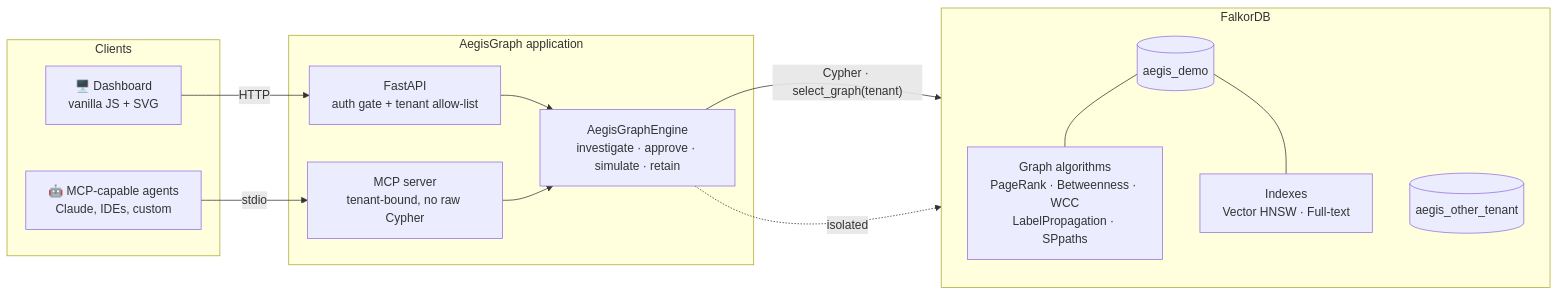
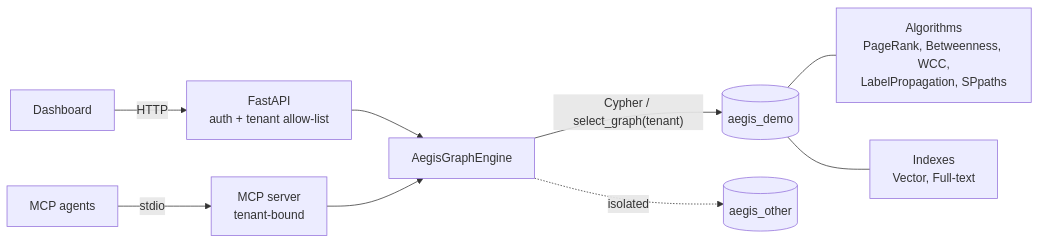
The first of 4 diagrams in README.md (krish57-bit/AEGIS), drawn with Mermaid before and after one commit. The commit also changed other lines of this file and 1 other file, not shown here.

````diff
--- a/README.md
+++ b/README.md
@@ -64,30 +47,11 @@
 ```mermaid
 flowchart LR
-    subgraph Clients
-        UI["🖥️ Dashboard<br/>vanilla JS + SVG"]
-        AG["🤖 MCP-capable agents<br/>Claude, IDEs, custom"]
-    end
-
-    subgraph App["AegisGraph application"]
-        API["FastAPI<br/>auth gate + tenant allow-list"]
-        MCP["MCP server<br/>tenant-bound, no raw Cypher"]
-        ENG["AegisGraphEngine<br/>investigate · approve · simulate · retain"]
-    end
-
-    subgraph DB["FalkorDB"]
-        direction TB
-        G1[("aegis_demo")]
-        G2[("aegis_other_tenant")]
-        ALG["Graph algorithms<br/>PageRank · Betweenness · WCC<br/>LabelPropagation · SPpaths"]
-        IDX["Indexes<br/>Vector HNSW · Full-text"]
-    end
-
-    UI -->|HTTP| API
-    AG -->|stdio| MCP
-    API --> ENG
+    UI["Dashboard"] -->|HTTP| API["FastAPI<br/>auth + tenant allow-list"]
+    AG["MCP agents"] -->|stdio| MCP["MCP server<br/>tenant-bound"]
+    API --> ENG["AegisGraphEngine"]
     MCP --> ENG
-    ENG -->|"Cypher · select_graph(tenant)"| G1
-    ENG -.->|isolated| G2
-    G1 --- ALG
-    G1 --- IDX
+    ENG -->|"Cypher / select_graph(tenant)"| G1[("aegis_demo")]
+    ENG -.->|isolated| G2[("aegis_other")]
+    G1 --- ALG["Algorithms<br/>PageRank, Betweenness, WCC,<br/>LabelPropagation, SPpaths"]
+    G1 --- IDX["Indexes<br/>Vector, Full-text"]
 ```
````
